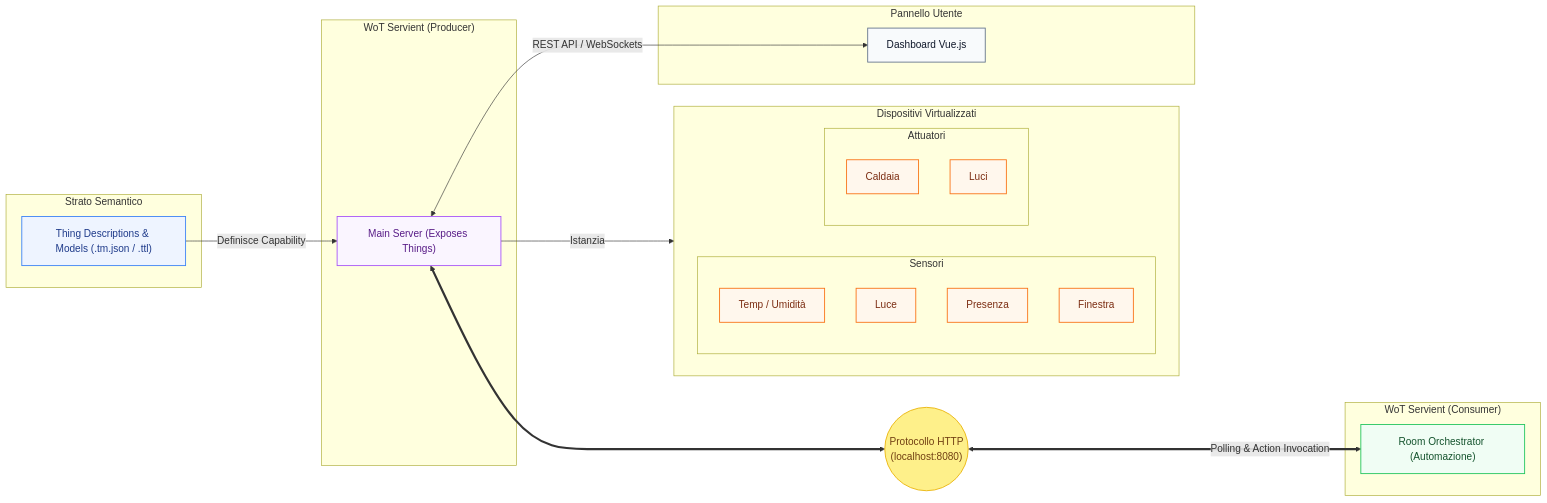
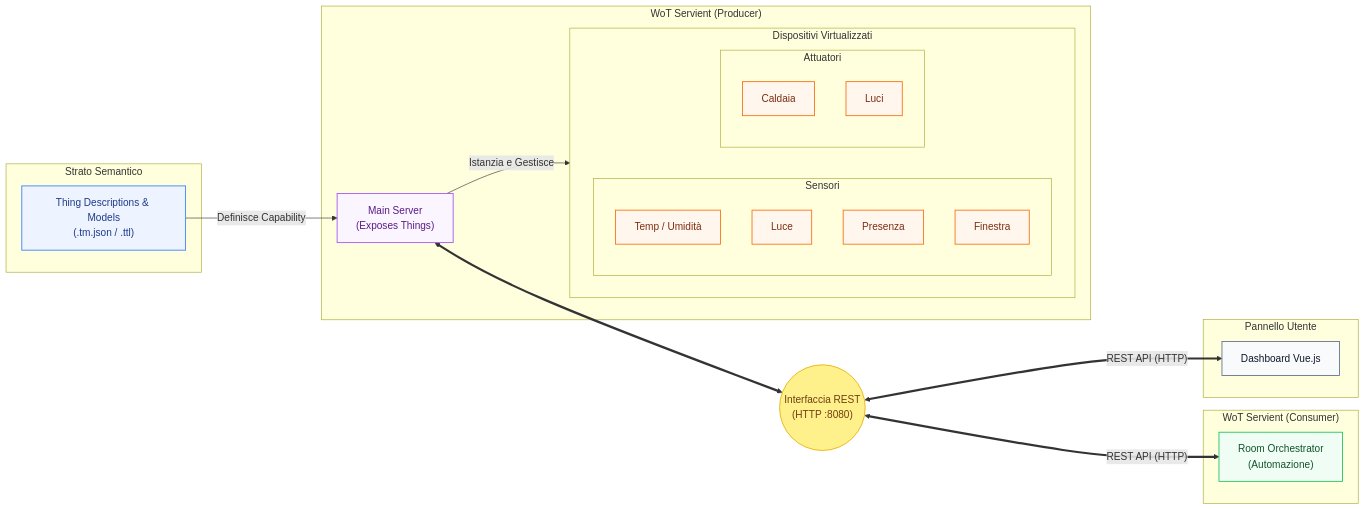
Before and after one commit to vaimee/wotalab: the diagram in projects/2025/groupC/readme.md, drawn with Mermaid.

````diff
--- a/projects/2025/groupC/readme.md
+++ b/projects/2025/groupC/readme.md
@@ -82,49 +82,50 @@
 ```mermaid
 flowchart LR
     classDef model fill:#eef4ff,stroke:#3b82f6,stroke-width:1.4px,color:#1e3a8a
     classDef servient fill:#faf5ff,stroke:#a855f7,stroke-width:1.4px,color:#581c87
     classDef logic fill:#f0fdf4,stroke:#22c55e,stroke-width:1.4px,color:#14532d
     classDef io fill:#fff7ed,stroke:#f97316,stroke-width:1.4px,color:#7c2d12
     classDef ui fill:#f8fafc,stroke:#64748b,stroke-width:1.4px,color:#0f172a
     classDef proto fill:#fef08a,stroke:#eab308,stroke-width:1.4px,color:#713f12
 
     subgraph Modelli["Strato Semantico"]
-        TD["Thing Descriptions & Models (.tm.json / .ttl)"]:::model
+        TD["Thing Descriptions & Models\n(.tm.json / .ttl)"]:::model
     end
 
     subgraph Backend["WoT Servient (Producer)"]
-        MAIN["Main Server (Exposes Things)"]:::servient
+        MAIN["Main Server\n(Exposes Things)"]:::servient
+        
+        subgraph Devices["Dispositivi Virtualizzati"]
+            direction LR
+            subgraph Sensors["Sensori"]
+                S_TH["Temp / Umidità"]:::io
+                S_LX["Luce"]:::io
+                S_PR["Presenza"]:::io
+                S_W["Finestra"]:::io
+            end
+            subgraph Actuators["Attuatori"]
+                A_B["Caldaia"]:::io
+                A_L["Luci"]:::io
+            end
+        end
     end
 
     subgraph Logic["WoT Servient (Consumer)"]
-        ORCH["Room Orchestrator (Automazione)"]:::logic
+        ORCH["Room Orchestrator\n(Automazione)"]:::logic
     end
 
-    HTTP_PROTO(("Protocollo HTTP\n(localhost:8080)")):::proto
-
-    subgraph Devices["Dispositivi Virtualizzati"]
-        direction LR
-        subgraph Sensors["Sensori"]
-            S_TH["Temp / Umidità"]:::io
-            S_LX["Luce"]:::io
-            S_PR["Presenza"]:::io
-            S_W["Finestra"]:::io
-        end
-        subgraph Actuators["Attuatori"]
-            A_B["Caldaia"]:::io
-            A_L["Luci"]:::io
-        end
-    end
+    HTTP_PROTO(("Interfaccia REST\n(HTTP :8080)")):::proto
 
     subgraph Frontend["Pannello Utente"]
         DASH["Dashboard Vue.js"]:::ui
     end
 
+    %% Relazioni logiche
     TD -->|"Definisce Capability"| MAIN
-    MAIN -->|"Istanzia"| Devices
+    MAIN -->|"Istanzia e Gestisce"| Devices
     
+    %% Flusso di rete
     MAIN <==> HTTP_PROTO
-    HTTP_PROTO <==>|"Polling & Action Invocation"| ORCH
-    
-    MAIN <-->|"REST API / WebSockets"| DASH
+    HTTP_PROTO <==>|"REST API (HTTP)"| ORCH
+    HTTP_PROTO <==>|"REST API (HTTP)"| DASH
 ```
````
